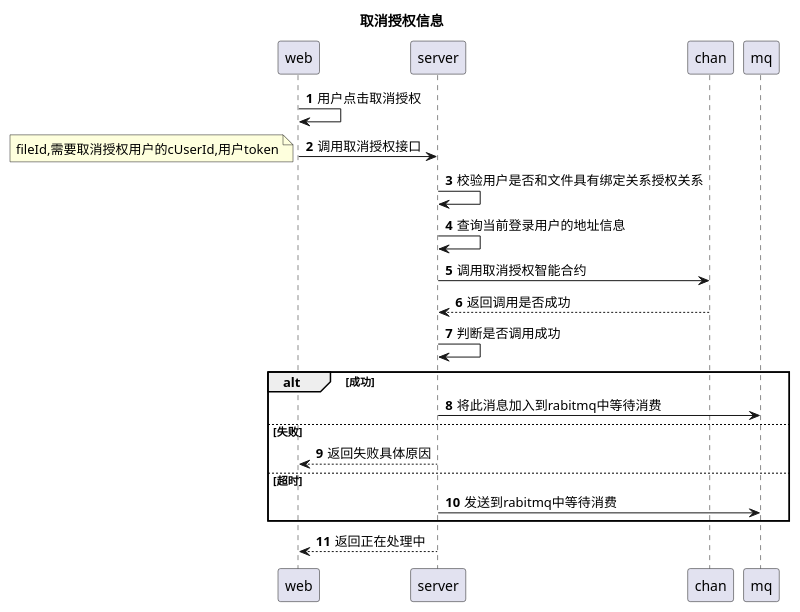
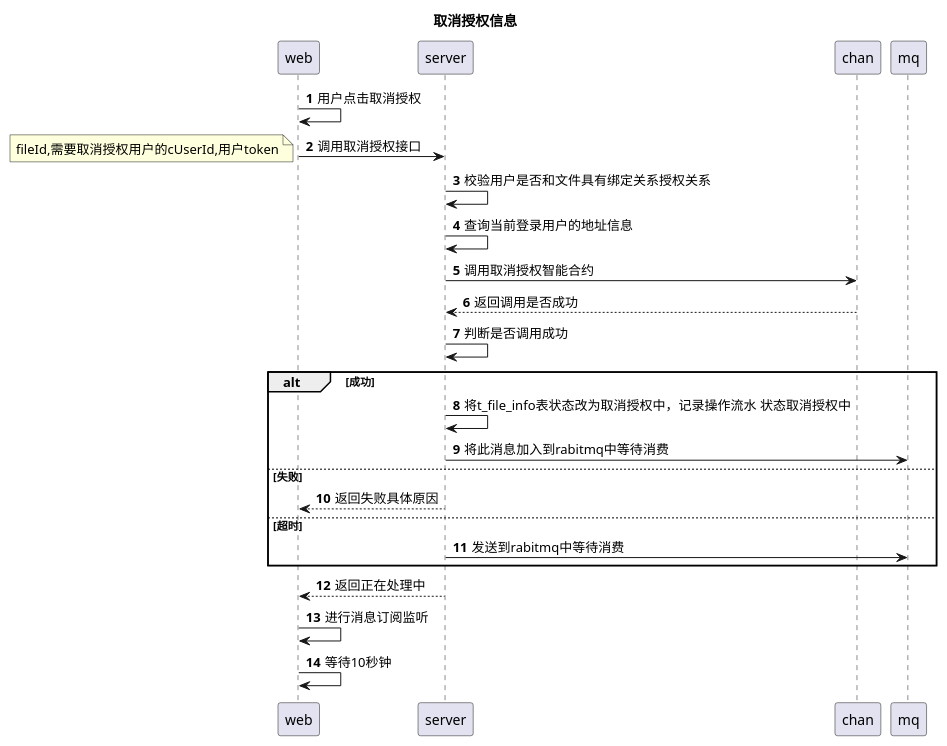
The diagram in doc/旷肽链文件授权/取消授权信息.puml (13589080127/zc-design), drawn with PlantUML before and after one commit. The commit also changed 9 other files, not shown here.

Commit message:
增加uml 图

```diff
--- a/doc/旷肽链文件授权/取消授权信息.puml
+++ b/doc/旷肽链文件授权/取消授权信息.puml
@@ -1,20 +1,23 @@
 @startuml
 title:取消授权信息
 autonumber
 web->web:用户点击取消授权
 web->server:调用取消授权接口
 note left: fileId,需要取消授权用户的cUserId,用户token
 server->server:校验用户是否和文件具有绑定关系授权关系
 server->server:查询当前登录用户的地址信息
 server->chan:调用取消授权智能合约
 chan-->server:返回调用是否成功
 server->server:判断是否调用成功
 alt 成功
+server->server: 将t_file_info表状态改为取消授权中，记录操作流水 状态取消授权中
 server->mq:将此消息加入到rabitmq中等待消费
 else 失败
 server-->web:返回失败具体原因
 else 超时
 server->mq:发送到rabitmq中等待消费
 end
 server-->web:返回正在处理中
+web->web:进行消息订阅监听
+web->web:等待10秒钟
 @enduml
```
